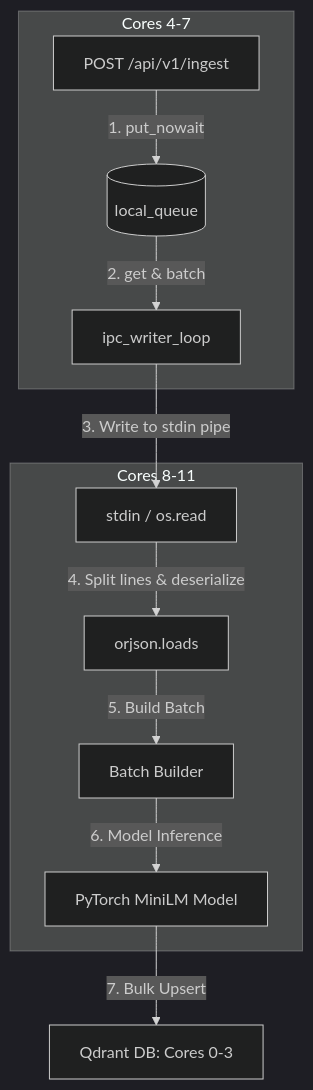
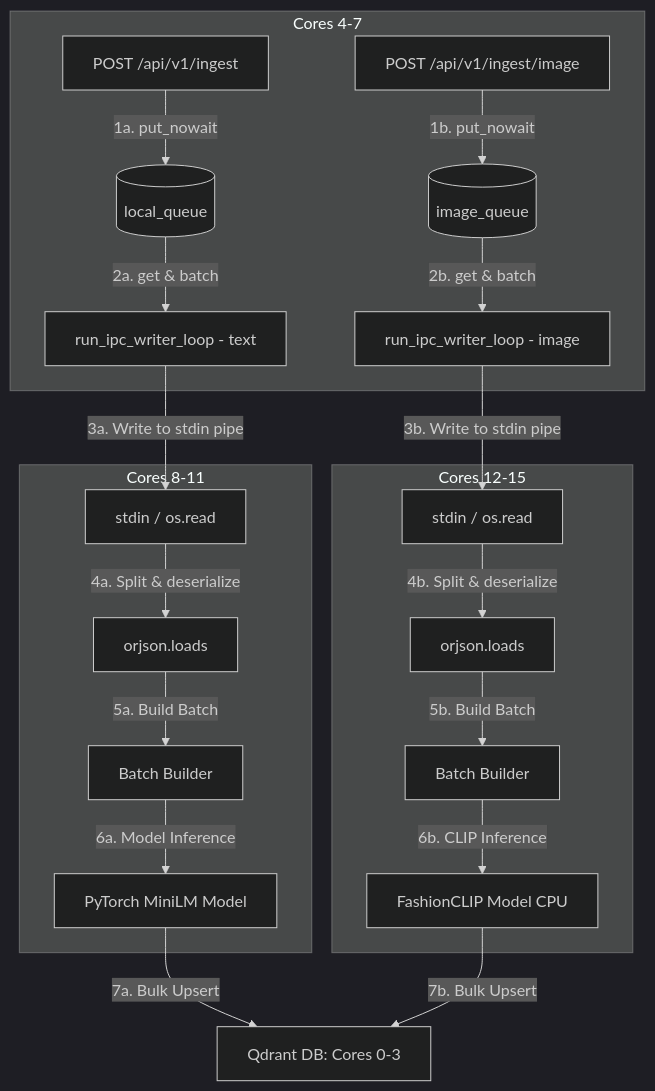
The diagram in docs/multiprocessing_pipeline.md (parthmh/fastapi_doc_rag), drawn with Mermaid (dark theme) before and after one commit. The commit also changed other lines of this file and 4 other files, not shown here.

Commit message:
docs: update architecture, dataflow, deployment, index, and multiprocessing pipelines for multimodal image worker integration

````diff
--- a/docs/multiprocessing_pipeline.md
+++ b/docs/multiprocessing_pipeline.md
@@ -17,16 +17,26 @@
 ```mermaid
 graph TD
     subgraph FastAPI Uvicorn Process [Cores 4-7]
-        API[POST /api/v1/ingest] -->|1. put_nowait| Queue[(local_queue)]
-        Queue -->|2. get & batch| IPCWriter[ipc_writer_loop]
+        API_Text[POST /api/v1/ingest] -->|1a. put_nowait| QueueText[(local_queue)]
+        API_Img[POST /api/v1/ingest/image] -->|1b. put_nowait| QueueImg[(image_queue)]
+        QueueText -->|2a. get & batch| WriterText[run_ipc_writer_loop - text]
+        QueueImg -->|2b. get & batch| WriterImg[run_ipc_writer_loop - image]
     end
 
-    subgraph Ingestion Subprocess [Cores 8-11]
-        IPCWriter -->|3. Write to stdin pipe| StdinBuffer[stdin / os.read]
-        StdinBuffer -->|4. Split lines & deserialize| Deserializer[orjson.loads]
-        Deserializer -->|5. Build Batch| Batch[Batch Builder]
-        Batch -->|6. Model Inference| PyTorch[PyTorch MiniLM Model]
+    subgraph Text Ingestion Subprocess [Cores 8-11]
+        WriterText -->|3a. Write to stdin pipe| StdinText[stdin / os.read]
+        StdinText -->|4a. Split & deserialize| DeserializerText[orjson.loads]
+        DeserializerText -->|5a. Build Batch| BatchText[Batch Builder]
+        BatchText -->|6a. Model Inference| PyTorchText[PyTorch MiniLM Model]
     end
 
-    PyTorch -->|7. Bulk Upsert| Qdrant[Qdrant DB: Cores 0-3]
+    subgraph Image Ingestion Subprocess [Cores 12-15]
+        WriterImg -->|3b. Write to stdin pipe| StdinImg[stdin / os.read]
+        StdinImg -->|4b. Split & deserialize| DeserializerImg[orjson.loads]
+        DeserializerImg -->|5b. Build Batch| BatchImg[Batch Builder]
+        BatchImg -->|6b. CLIP Inference| PyTorchImg[FashionCLIP Model CPU]
+    end
+
+    PyTorchText -->|7a. Bulk Upsert| Qdrant[Qdrant DB: Cores 0-3]
+    PyTorchImg -->|7b. Bulk Upsert| Qdrant
 ```
````
